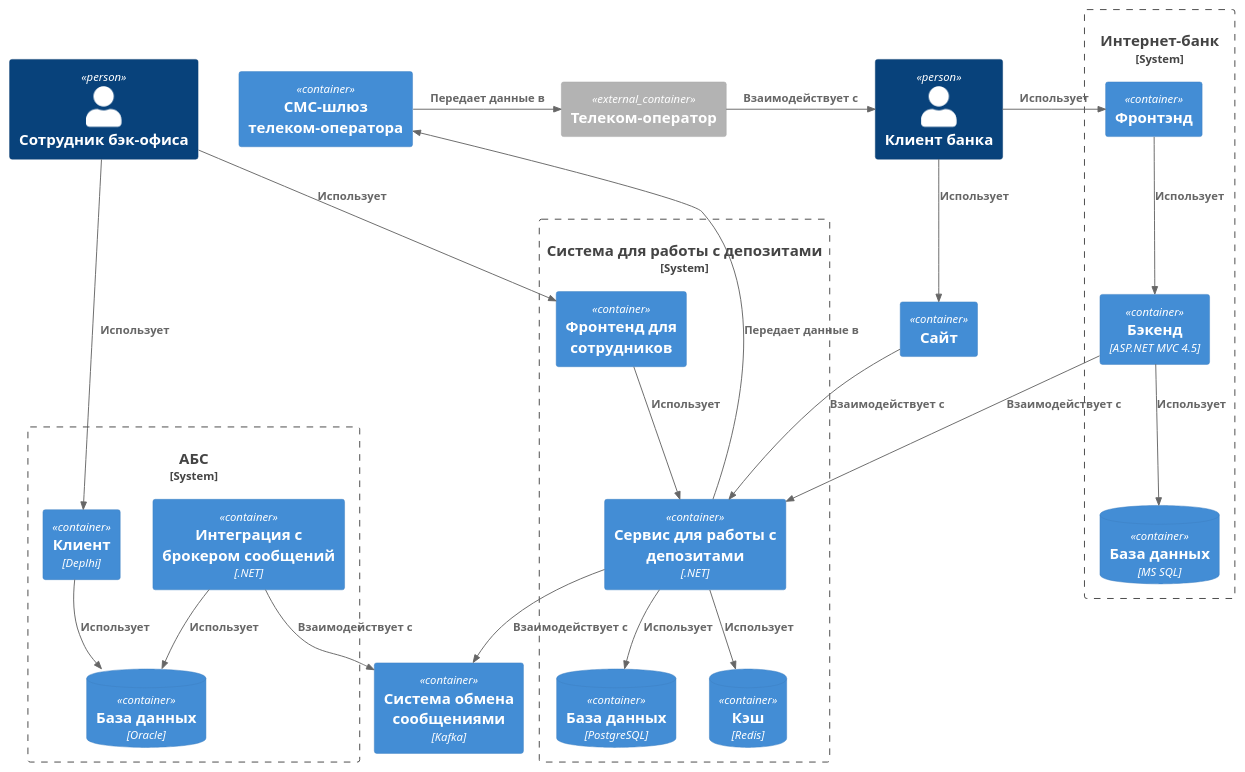
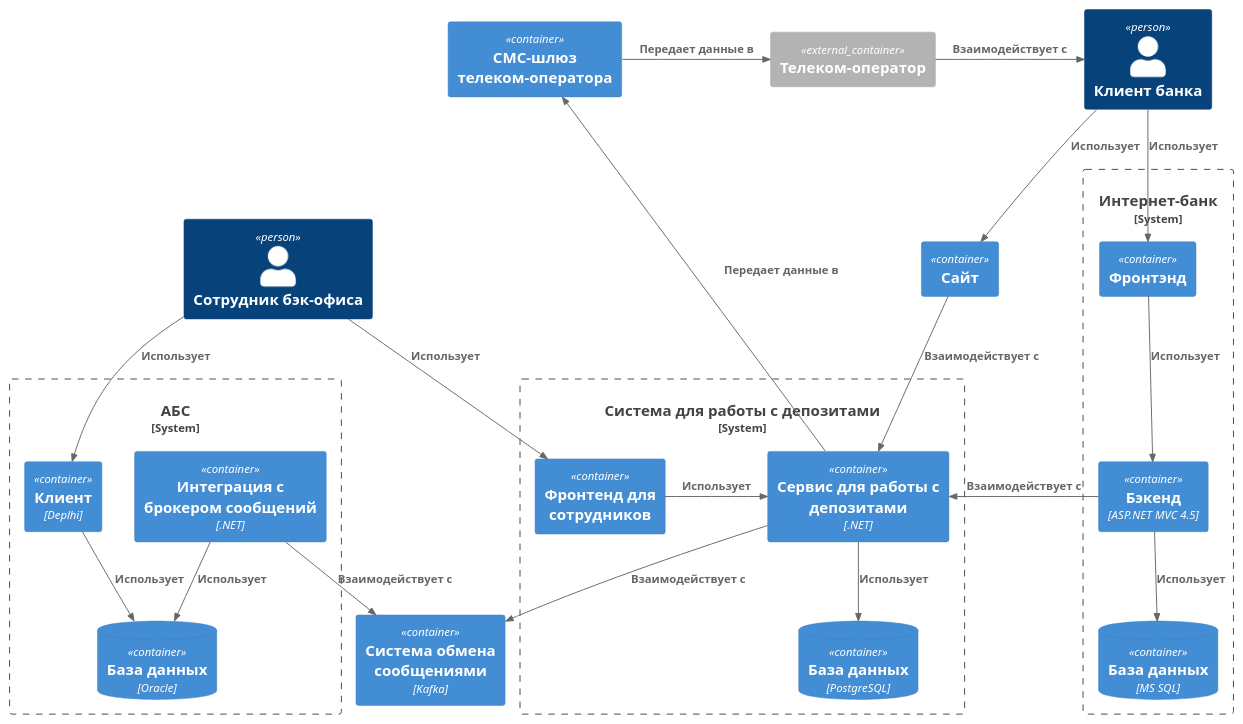
One commit to vsevolod-nikitin/yandex-practicum-architecture-pro-standart changed the diagram in Task3/Containers.puml. Above: the diagram before and after it, drawn with PlantUML. The commit also changed 7 other files, not shown here.

Commit message:
Дополнение 5 задания. Изменение схем 3 и 4 заданий.

```diff
--- a/Task3/Containers.puml
+++ b/Task3/Containers.puml
@@ -1,60 +1,58 @@
 @startuml Containers
 !include https://raw.githubusercontent.com/plantuml-stdlib/C4-PlantUML/master/C4_Container.puml
 
 Person(client, "Клиент банка")
 Person(backEmployee, "Сотрудник бэк-офиса")
 
 Container(website, "Сайт")
 
 System_Boundary(internetBankSystem, "Интернет-банк"){
     Container(internetBankFrontend, "Фронтэнд")
     Container(internetBank, "Бэкенд", "ASP.NET MVC 4.5")
     ContainerDb(internetBankDb, "База данных", "MS SQL")
 }
 
 System_Boundary(absSystem, "АБС"){
     Container(abs, "Клиент", "Deplhi")
     Container(absMQIntegration, "Интеграция с брокером сообщений", ".NET")
     ContainerDb(absDb, "База данных", "Oracle")
 }
 
 System_Boundary(depositSystem, "Система для работы с депозитами"){
     Container(depositServiceFrontend, "Фронтенд для сотрудников")
     Container(depositService, "Сервис для работы с депозитами", ".NET")
     ContainerDb(depositServiceDb, "База данных", "PostgreSQL")
-    ContainerDb(depositCache, "Кэш", "Redis")
 }
 
 Container(smsGateway, "СМС-шлюз телеком-оператора")
 Container(messageBroker, "Система обмена сообщениями", "Kafka")
 
 Container_Ext(telecomOperator, "Телеком-оператор")
 
 Rel(client, internetBankFrontend, "Использует")
 Rel(client, website, "Использует")
 
 Rel(backEmployee, depositServiceFrontend, "Использует")
 Rel(backEmployee, abs, "Использует")
 
 Rel(internetBank, depositService, "Взаимодействует с")
 Rel(website, depositService, "Взаимодействует с")
 
 Rel(depositService, smsGateway, "Передает данные в")
 Rel(depositService, messageBroker, "Взаимодействует с")
 Rel(depositService, depositServiceDb, "Использует")
-Rel(depositService, depositCache, "Использует")
-Rel(depositServiceFrontend, depositService, "Использует")
+Rel_R(depositServiceFrontend, depositService, "Использует")
 
 Rel_R(smsGateway, telecomOperator, "Передает данные в")
 Rel_R(telecomOperator, client, "Взаимодействует с")
 
 Rel(internetBankFrontend, internetBank, "Использует")
 Rel(internetBank, internetBankDb, "Использует")
 
 Rel(abs, absDb, "Использует")
 Rel(absMQIntegration, messageBroker, "Взаимодействует с")
 Rel(absMQIntegration, absDb, "Использует")
 
 LAYOUT_TOP_DOWN()
 
 @enduml
```
